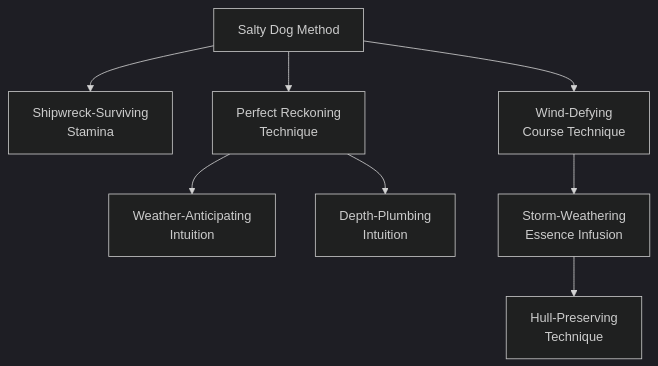
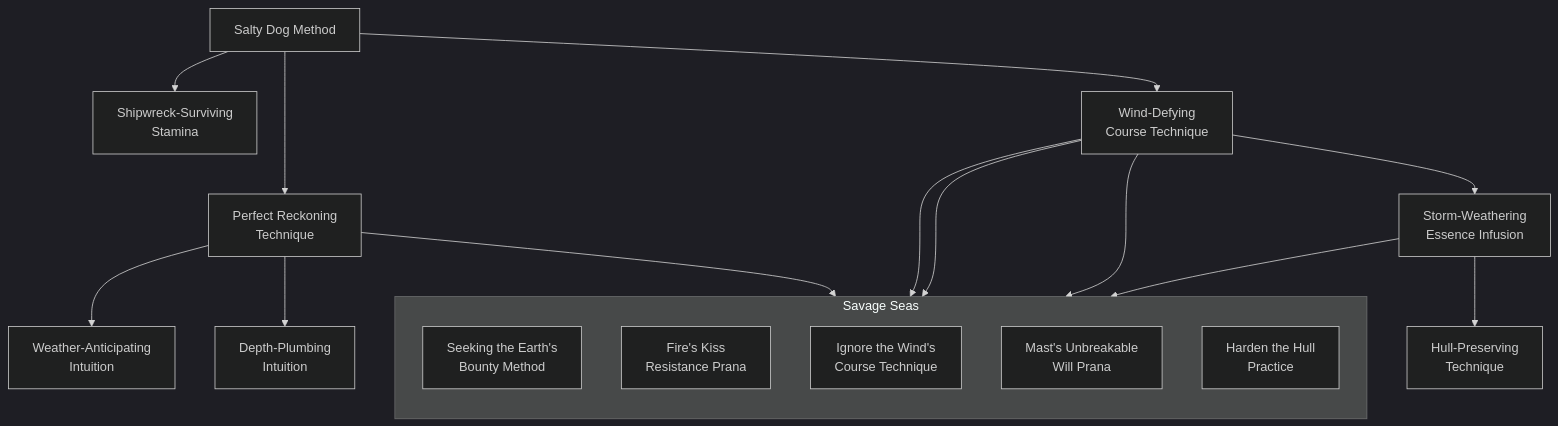
One commit to jrobichaud/exalted-charms-1e changed the diagram in docs/mermaid/solar/eclipse_sail.mmd. Above: the diagram before and after it, drawn with Mermaid. The commit also changed 3 other files, not shown here.

Commit message:
time of tumult and savage seas

```diff
--- a/docs/mermaid/solar/eclipse_sail.mmd
+++ b/docs/mermaid/solar/eclipse_sail.mmd
@@ -184,3 +184,127 @@
         cannot use this Charm to protect a ship of more than (20
         x the character's Essence rating) feet in length.
         "
+
+    subgraph savage_seas[Savage Seas]
+        direction TB
+        seeking_the_earths_bounty_method[Seeking the Earth's<br>Bounty Method]
+        click seeking_the_earths_bounty_method callback "
+            Seeking the Earth's Bounty Method<br>
+            <br>
+            Cost: 6 motes<br>
+            Duration: One turn<br>
+            Type: Simple<br>
+            Minimum Sail: 4<br>
+            Minimum Essence: 2<br>
+            Prerequisite Charms: Perfect Reckoning Technique<br>
+            <br>
+            By casting his will forth upon the waters, the Chosen
+            can uncover where the nearest safe harbor or beaching site
+            is located and how to get there. Although the approach to
+            the harbor will be clear of hazards and the beach there
+            usable for small craft (even if the vessel itself cannot
+            beach), the harbor will not necessarily be safe for the crew.
+            There might well be monsters in the bay or surroundings,
+            the nearby natives (if any) may be unfriendly, or other
+            hidden dangers may exist.
+            "
+
+        fires_kiss_resistance_prana[Fire's Kiss<br>Resistance Prana]
+        click fires_kiss_resistance_prana callback "
+            Fire's Kiss Resistance Prana<br>
+            <br>
+            Cost: 6 motes, 1 Willpower<br>
+            Duration: One day<br>
+            Type: Simple<br>
+            Minimum Sail: 4<br>
+            Minimum Essence: 2<br>
+            Prerequisite Charms: Wind-Defying Course Technique<br>
+            <br>
+            Fire is rightly feared on all sea-going vessels. Even a ship
+            with a First Age hull is filled with furnishings and supplies
+            that will burn — and the crew has nowhere to go. Even small
+            fires are tolerated only because of necessity, and the galley
+            on a ship is the most carefully designed part of most vessels.
+            This Charm renders a vessel completely immune to the
+            ravages of fire altogether; while it is in effect, no natural fire
+            can start aboard the ship. Although existing fires will not be
+            affected, neither will they spread further, confining themselves
+            to destroying what they are actually burning at that
+            moment; any fuel added to the fire will simply refuse to burn.
+            Magical or elemental fires can be set normally, but they will
+            burn for half as long and take half the effort to douse than
+            usual. While burning, they will inflict whatever damage
+            they normally would, however.
+            "
+
+        ignore_the_winds_course_technique[Ignore the Wind's<br>Course Technique]
+        click ignore_the_winds_course_technique callback "
+            Ignore the Wind's Course Technique<br>
+            <br>
+            Cost: 10 motes<br>
+            Duration: One scene<br>
+            Type: Simple<br>
+            Minimum Sail: 5<br>
+            Minimum Essence: 2<br>
+            Prerequisite Charms: Wind-Defying Course Technique<br>
+            <br>
+            By dint of this Charm, an Exalted helmsman can not
+            only tack deeper into the wind than any mortal helmsman,
+            she may ignore its direction completely. So long as the
+            Charm is in effect, her vessel moves as if the wind were full
+            in its sails, no matter what direction the winds actually blow
+            or what course the helmsman sets. Anyone watching the
+            Exalted's vessel while it sails in defiance of the winds will
+            obviously know that some sort of powerful magic is in use.
+            "
+
+        masts_unbreakable_will_prana[Mast's Unbreakable<br>Will Prana]
+        click masts_unbreakable_will_prana callback "
+            Mast's Unbreakable Will Prana<br>
+            <br>
+            Cost: 4 motes<br>
+            Duration: One scene<br>
+            Type: Simple<br>
+            Minimum Sail: 3<br>
+            Minimum Essence: 2<br>
+            Prerequisite Charms: Wind-Defying Course Method<br>
+            <br>
+            A ship's mast is its life; without the mast, a sailing vessel
+            is utterly subject to tide and current, and few vessels survive
+            an attack or sudden squall that wrecks the mast. By way of
+            this Charm, the Exalt can render the mast of a ship he is on
+            immune to even the greatest winds or the strongest attacks.
+            Only actions taken by Deathlords, extremely powerful
+            elementals or spirits and the most powerful Exalted (those
+            with a permanent Essence of 6 or greater) can hope to
+            destroy a ship's mast while this Charm is in effect.
+            "
+
+        harden_the_hull_practice[Harden the Hull<br>Practice]
+        click harden_the_hull_practice callback "
+            Harden the Hull Practice<br>
+            <br>
+            Cost: 3 motes + 2 per (Essence)L of soak<br>
+            Duration: One scene<br>
+            Type: Reflexive<br>
+            Minimum Sail: 4<br>
+            Minimum Essence: 2<br>
+            Prerequisite Charms: Storm-Weathering Essence Infusion<br>
+            <br>
+            Unseen hazards and dangers are a threat to every sailing
+            vessel. Using this Charm, an Exalt can reinforce the hull of
+            her vessel to resist these unforeseen problems. For every 2
+            motes of Essence she spends, the hull gains lethal soak equal
+            to the Exalted's permanent Essence. This Charm can be
+            applied multiple times to the same vessel in a scene, but
+            under no circumstances can the soak gained through the use
+            of this Charm exceed the highest Stamina + Sail total of any
+            Exalt who used this Charm on the ship during the scene.
+            "
+    end
+
+    perfect_reckoning_technique --> seeking_the_earths_bounty_method
+    wind_defying_course_technique --> fires_kiss_resistance_prana
+    wind_defying_course_technique --> ignore_the_winds_course_technique
+    wind_defying_course_technique --> masts_unbreakable_will_prana
+    storm_weathering_essence_infusion --> harden_the_hull_practice
```
